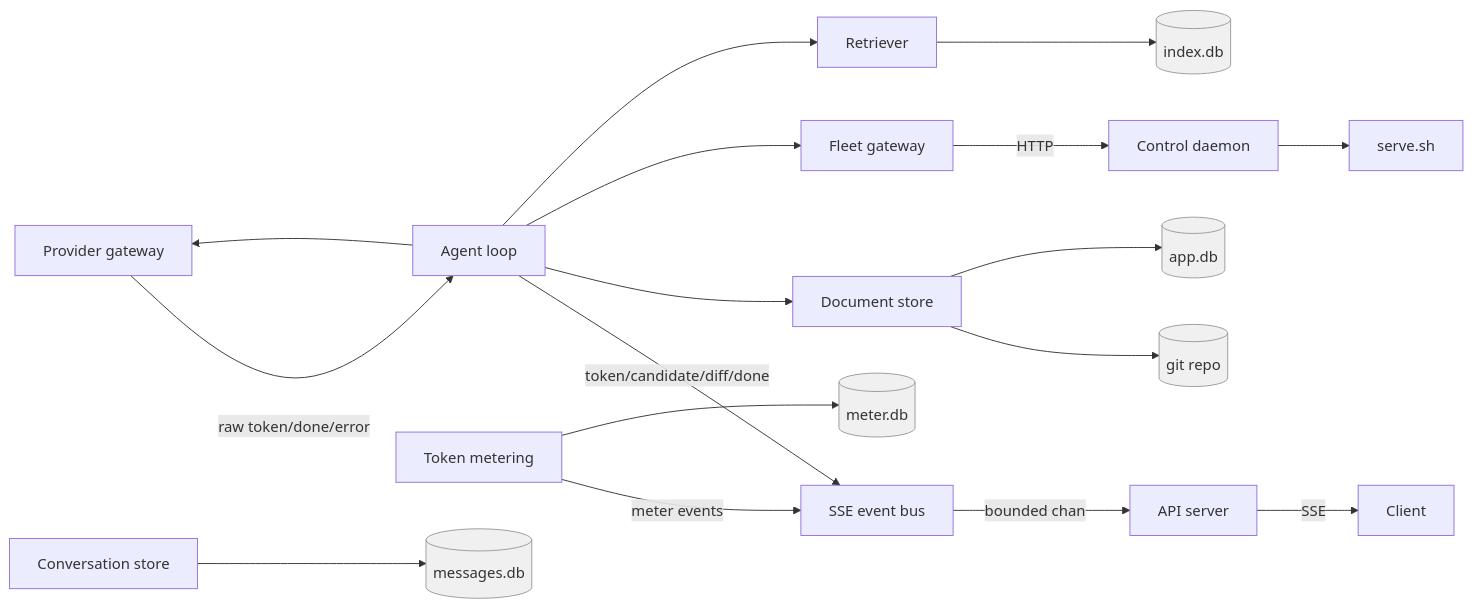
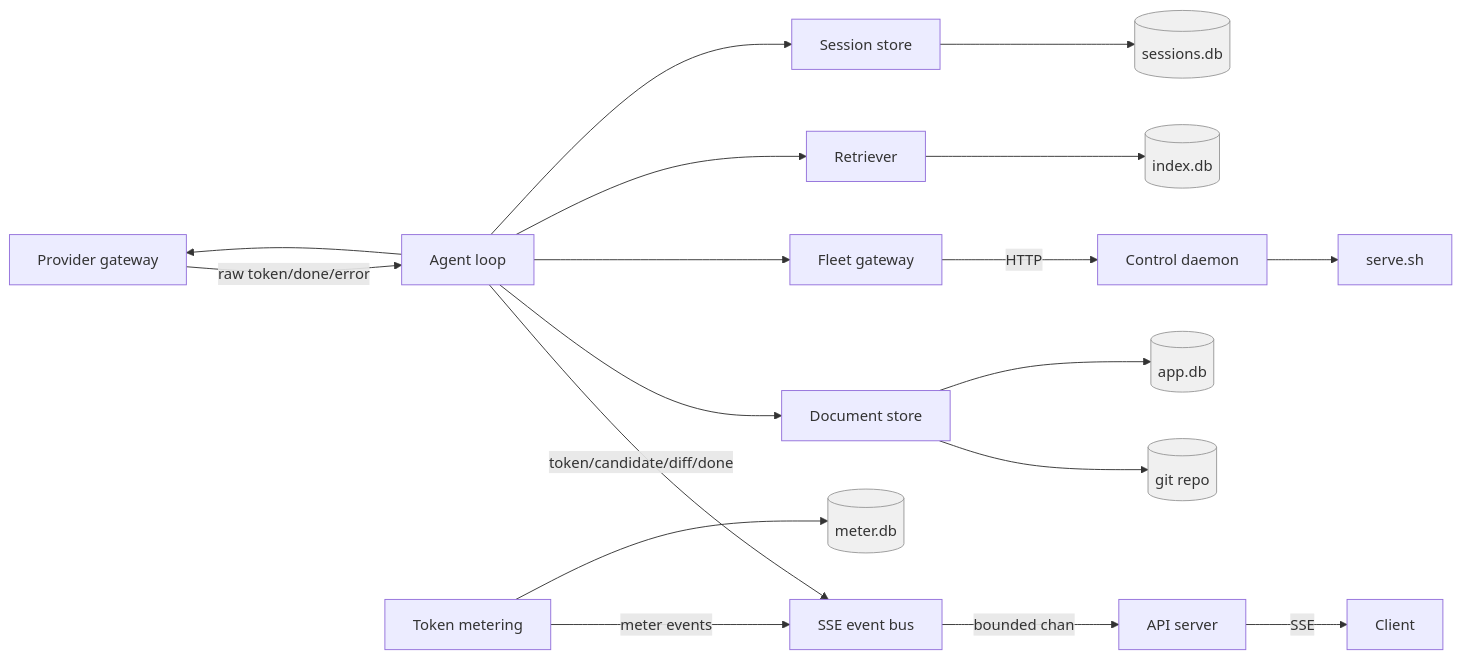
The diagram in docs/writing-assistant/contracts/concurrency-topology.md (Snorre98/texteditor), drawn with Mermaid before and after one commit. The commit also changed other lines of this file and 10 other files, not shown here.

````diff
--- a/docs/writing-assistant/contracts/concurrency-topology.md
+++ b/docs/writing-assistant/contracts/concurrency-topology.md
@@ -9,20 +10,21 @@
 ```mermaid
 flowchart LR
     Prov[Provider gateway] -->|raw token/done/error| Loop[Agent loop]
     Loop -->|token/candidate/diff/done| Bus[SSE event bus]
     Meter[Token metering] -->|meter events| Bus
     Bus -->|bounded chan| API[API server]
     API -->|SSE| Client[Client]
     Fleet[Fleet gateway] -->|HTTP| Daemon[Control daemon]
     Daemon --> Exec[serve.sh]
     Doc[Document store] --> Git[(git repo)]:::sw
     Doc --> DB1[(app.db)]:::sw
     Meter --> DB2[(meter.db)]:::sw
-    Conv[Conversation store] --> DB3[(messages.db)]:::sw
+    Sess[Session store] --> DB3[(sessions.db)]:::sw
     Retriever[Retriever] --> DB4[(index.db)]:::sw
     Loop --> Doc
     Loop --> Prov
     Loop --> Fleet
     Loop --> Retriever
+    Loop --> Sess
     classDef sw fill:#f0f0f0,stroke:#999
 ```
````
